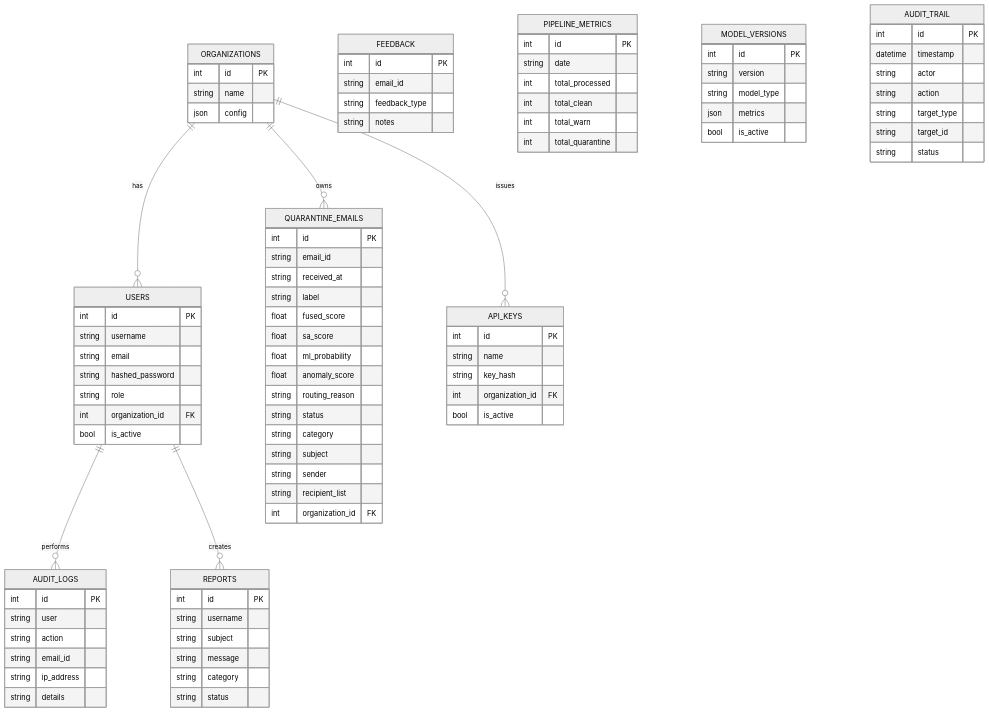
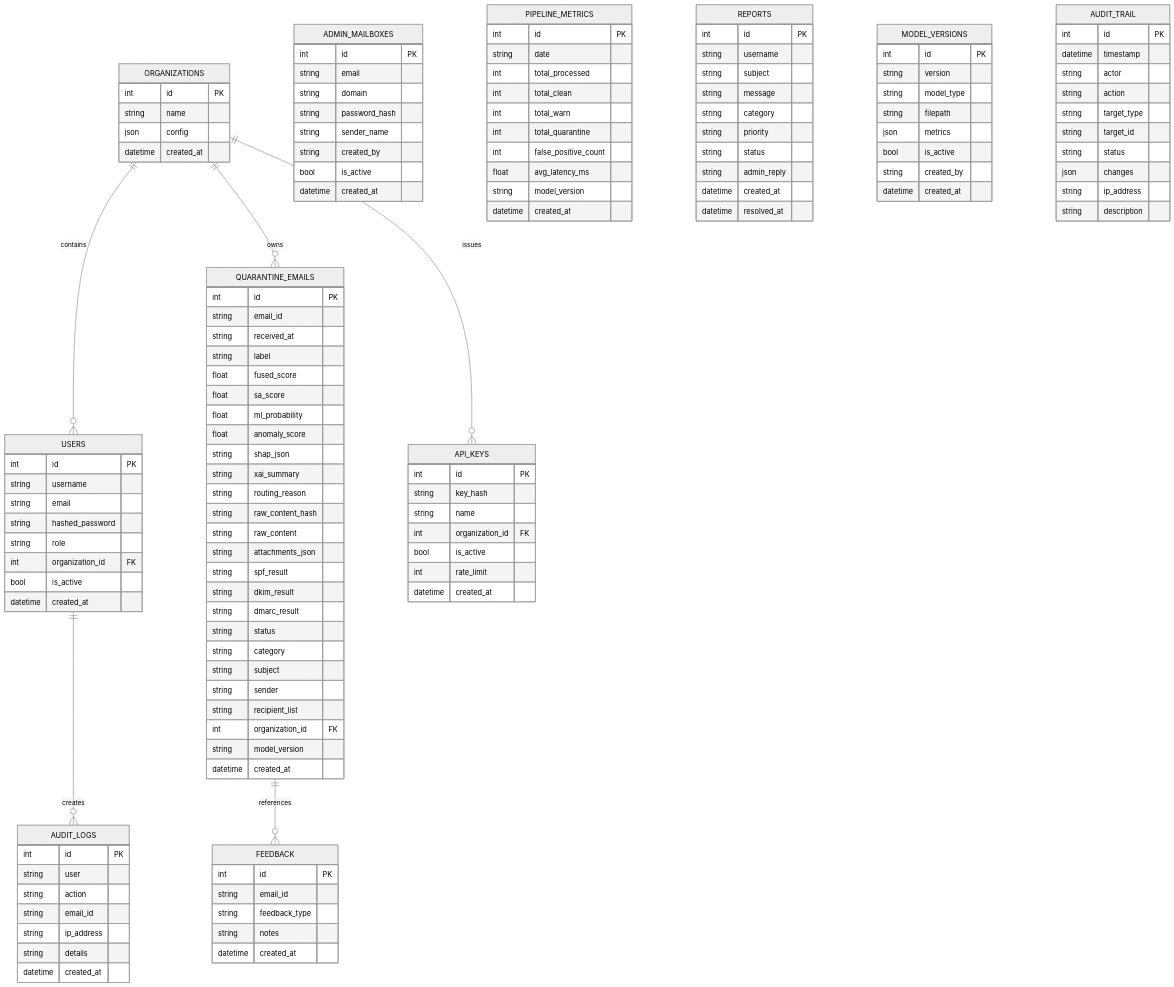
The first of 5 diagrams in DATABASE_AND_PROCESS_FLOWS.md (wi5nuu/ML-Powered-Anti-Phishing-and-Spam-Filtering), drawn with Mermaid (neutral theme) before and after one commit. The commit also changed other lines of this file, not shown here.

Commit message:
Refine database/process flow documentation and complete ERD/DFD details

````diff
--- a/DATABASE_AND_PROCESS_FLOWS.md
+++ b/DATABASE_AND_PROCESS_FLOWS.md
@@ -33,10 +33,39 @@
 ```mermaid
 erDiagram
-    ORGANIZATIONS ||--o{ USERS : has
-    ORGANIZATIONS ||--o{ QUARANTINE_EMAILS : owns
-    ORGANIZATIONS ||--o{ API_KEYS : issues
-    USERS ||--o{ AUDIT_LOGS : performs
-    USERS ||--o{ REPORTS : creates
+    ORGANIZATIONS ||--o{ USERS : "contains"
+    ORGANIZATIONS ||--o{ QUARANTINE_EMAILS : "owns"
+    ORGANIZATIONS ||--o{ API_KEYS : "issues"
+    USERS ||--o{ AUDIT_LOGS : "creates"
+    QUARANTINE_EMAILS ||--o{ FEEDBACK : "references"
+
+    ORGANIZATIONS {
+        int id PK
+        string name
+        json config
+        datetime created_at
+    }
+
+    USERS {
+        int id PK
+        string username
+        string email
+        string hashed_password
+        string role
+        int organization_id FK
+        bool is_active
+        datetime created_at
+    }
+
+    ADMIN_MAILBOXES {
+        int id PK
+        string email
+        string domain
+        string password_hash
+        string sender_name
+        string created_by
+        bool is_active
+        datetime created_at
+    }
 
     QUARANTINE_EMAILS {
         int id PK
@@ -47,46 +76,23 @@
         float sa_score
         float ml_probability
         float anomaly_score
+        string shap_json
+        string xai_summary
         string routing_reason
+        string raw_content_hash
+        string raw_content
+        string attachments_json
+        string spf_result
+        string dkim_result
+        string dmarc_result
         string status
         string category
         string subject
         string sender
         string recipient_list
         int organization_id FK
-    }
-
-    USERS {
-        int id PK
-        string username
-        string email
-        string hashed_password
-        string role
-        int organization_id FK
-        bool is_active
-    }
-
-    ORGANIZATIONS {
-        int id PK
-        string name
-        json config
-    }
-
-    API_KEYS {
-        int id PK
-        string name
-        string key_hash
-        int organization_id FK
-        bool is_active
-    }
-
-    REPORTS {
-        int id PK
-        string username
-        string subject
-        string message
-        string category
-        string status
+        string model_version
+        datetime created_at
     }
 
     FEEDBACK {
@@ -94,6 +100,7 @@
         string email_id
         string feedback_type
         string notes
+        datetime created_at
     }
 
     PIPELINE_METRICS {
@@ -103,14 +110,44 @@
         int total_clean
         int total_warn
         int total_quarantine
+        int false_positive_count
+        float avg_latency_ms
+        string model_version
+        datetime created_at
+    }
+
+    REPORTS {
+        int id PK
+        string username
+        string subject
+        string message
+        string category
+        string priority
+        string status
+        string admin_reply
+        datetime created_at
+        datetime resolved_at
+    }
+
+    API_KEYS {
+        int id PK
+        string key_hash
+        string name
+        int organization_id FK
+        bool is_active
+        int rate_limit
+        datetime created_at
     }
 
     MODEL_VERSIONS {
         int id PK
         string version
         string model_type
+        string filepath
         json metrics
         bool is_active
+        string created_by
+        datetime created_at
     }
 
     AUDIT_TRAIL {
@@ -121,6 +158,9 @@
         string target_type
         string target_id
         string status
+        json changes
+        string ip_address
+        string description
     }
 
     AUDIT_LOGS {
@@ -130,5 +170,6 @@
         string email_id
         string ip_address
         string details
+        datetime created_at
     }
 ```
````
